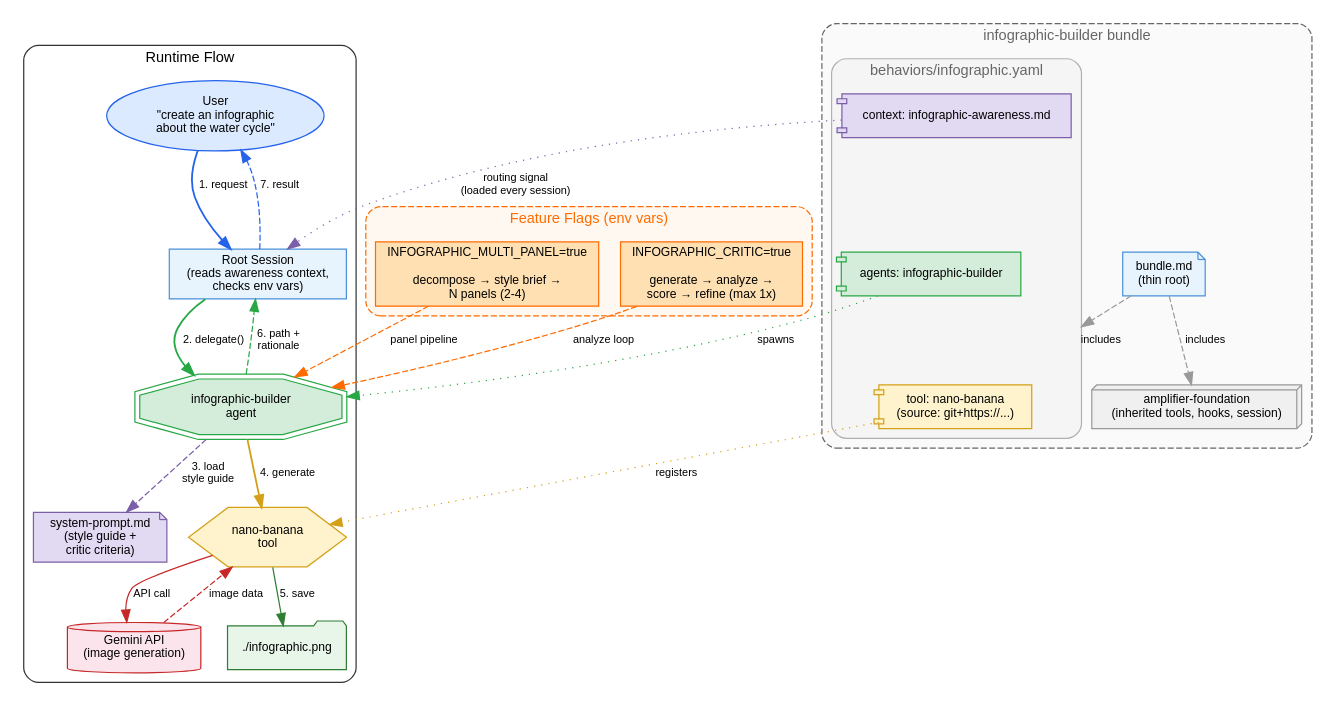
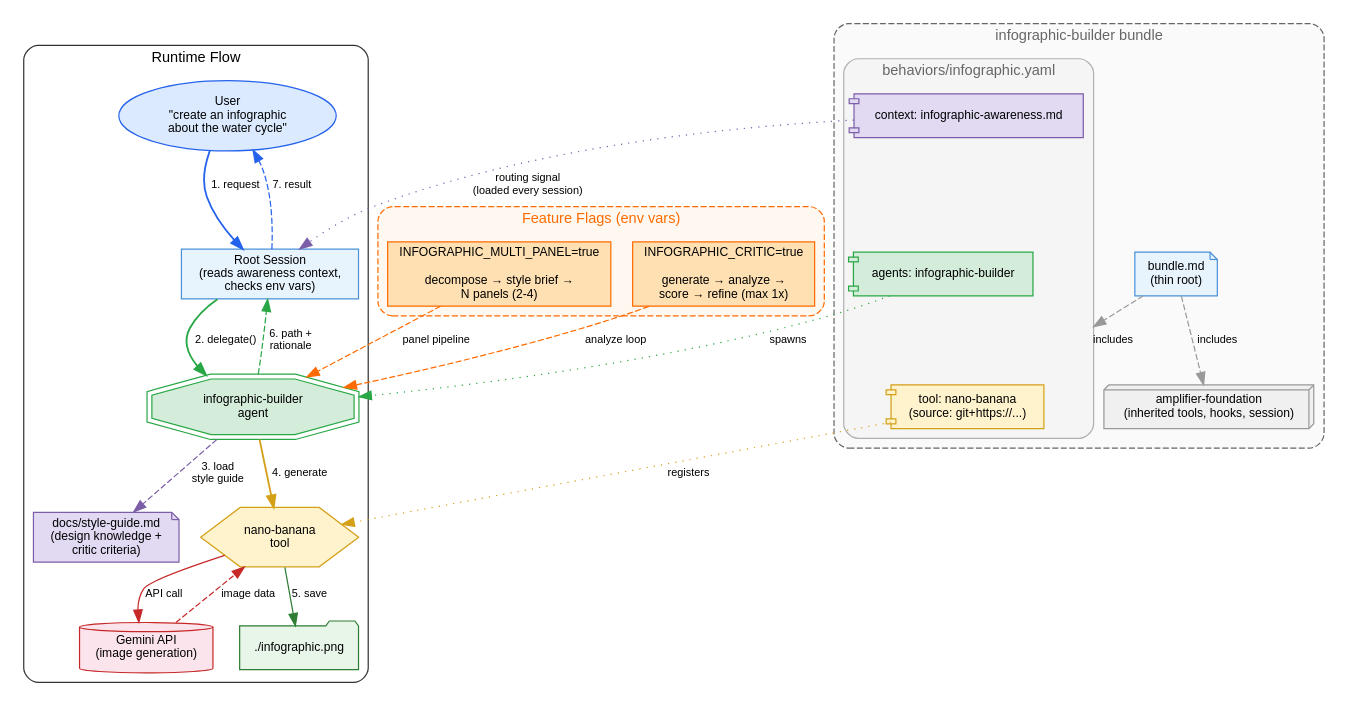
Before and after one commit to singh2/infographic-builder: the diagram in docs/architecture.dot, drawn with Graphviz. The commit also changed 5 other files, not shown here.

First line of the commit message:
refactor: separate workflow from design knowledge, fix bundle duplication

```diff
--- a/docs/architecture.dot
+++ b/docs/architecture.dot
@@ -1,192 +1,192 @@
 digraph infographic_builder {
     rankdir=TB
     fontname="Helvetica"
     fontsize=12
     node [fontname="Helvetica" fontsize=10 style=filled]
     edge [fontname="Helvetica" fontsize=9]
     compound=true
     newrank=true
 
     // ── Bundle Composition ──────────────────────────────────
 
     subgraph cluster_bundle {
         label="infographic-builder bundle"
         style="rounded,dashed"
         color="#666666"
         fontcolor="#666666"
         bgcolor="#fafafa"
 
         bundle_md [
             label="bundle.md\n(thin root)"
             shape=note
             fillcolor="#e8f4fd"
             color="#4a90d9"
         ]
 
         subgraph cluster_behavior {
             label="behaviors/infographic.yaml"
             style="rounded"
             color="#b0b0b0"
             bgcolor="#f5f5f5"
 
             tool_wire [
                 label="tool: nano-banana\n(source: git+https://...)"
                 shape=component
                 fillcolor="#fff3cd"
                 color="#d4a017"
             ]
 
             agent_wire [
                 label="agents: infographic-builder"
                 shape=component
                 fillcolor="#d4edda"
                 color="#28a745"
             ]
 
             context_wire [
                 label="context: infographic-awareness.md"
                 shape=component
                 fillcolor="#e2d9f3"
                 color="#7b5ea7"
             ]
         }
 
         foundation [
             label="amplifier-foundation\n(inherited tools, hooks, session)"
             shape=box3d
             fillcolor="#f0f0f0"
             color="#999999"
         ]
 
         bundle_md -> foundation [label="includes" style=dashed color="#999999"]
         bundle_md -> tool_wire [label="includes" style=dashed color="#999999" lhead=cluster_behavior]
     }
 
     // ── Runtime Components ──────────────────────────────────
 
     subgraph cluster_runtime {
         label="Runtime Flow"
         style="rounded"
         color="#333333"
         bgcolor="#ffffff"
 
         user [
             label="User\n\"create an infographic\nabout the water cycle\""
             shape=oval
             fillcolor="#dbeafe"
             color="#2563eb"
         ]
 
         root_session [
             label="Root Session\n(reads awareness context,\nchecks env vars)"
             shape=box
             fillcolor="#e8f4fd"
             color="#4a90d9"
         ]
 
         agent [
             label="infographic-builder\nagent"
             shape=doubleoctagon
             fillcolor="#d4edda"
             color="#28a745"
         ]
 
         style_guide [
-            label="system-prompt.md\n(style guide +\ncritic criteria)"
+            label="docs/style-guide.md\n(design knowledge +\ncritic criteria)"
             shape=note
             fillcolor="#e2d9f3"
             color="#7b5ea7"
         ]
 
         nano_banana [
             label="nano-banana\ntool"
             shape=hexagon
             fillcolor="#fff3cd"
             color="#d4a017"
         ]
 
         gemini [
             label="Gemini API\n(image generation)"
             shape=cylinder
             fillcolor="#fce4ec"
             color="#c62828"
         ]
 
         image [
             label="./infographic.png"
             shape=folder
             fillcolor="#e8f5e9"
             color="#2e7d32"
         ]
     }
 
     // ── Main Flow Edges ─────────────────────────────────────
 
     user -> root_session [label="1. request" color="#2563eb" penwidth=1.5]
     root_session -> agent [label="2. delegate()" color="#28a745" penwidth=1.5]
     agent -> style_guide [label="3. load\nstyle guide" style=dashed color="#7b5ea7"]
     agent -> nano_banana [label="4. generate" color="#d4a017" penwidth=1.5]
     nano_banana -> gemini [label="API call" color="#c62828"]
     gemini -> nano_banana [label="image data" color="#c62828" style=dashed]
     nano_banana -> image [label="5. save" color="#2e7d32"]
     agent -> root_session [label="6. path +\nrationale" color="#28a745" style=dashed]
     root_session -> user [label="7. result" color="#2563eb" style=dashed]
 
     // ── Feature Flags ───────────────────────────────────────
 
     subgraph cluster_flags {
         label="Feature Flags (env vars)"
         style="rounded,dashed"
         color="#ff6b00"
         fontcolor="#ff6b00"
         bgcolor="#fff8f0"
 
         critic [
             label="INFOGRAPHIC_CRITIC=true\n\ngenerate → analyze →\nscore → refine (max 1x)"
             shape=box
             fillcolor="#ffe0b2"
             color="#ff6b00"
         ]
 
         multi_panel [
             label="INFOGRAPHIC_MULTI_PANEL=true\n\ndecompose → style brief →\nN panels (2-4)"
             shape=box
             fillcolor="#ffe0b2"
             color="#ff6b00"
         ]
     }
 
     // ── Flag connections ────────────────────────────────────
 
     critic -> agent [
         label="analyze loop"
         style=dashed
         color="#ff6b00"
     ]
 
     multi_panel -> agent [
         label="panel pipeline"
         style=dashed
         color="#ff6b00"
     ]
 
     // ── Wiring connections (bundle → runtime) ───────────────
 
     context_wire -> root_session [
         label="routing signal\n(loaded every session)"
         style=dotted
         color="#7b5ea7"
     ]
 
     agent_wire -> agent [
         label="spawns"
         style=dotted
         color="#28a745"
     ]
 
     tool_wire -> nano_banana [
         label="registers"
         style=dotted
         color="#d4a017"
     ]
 }
```
